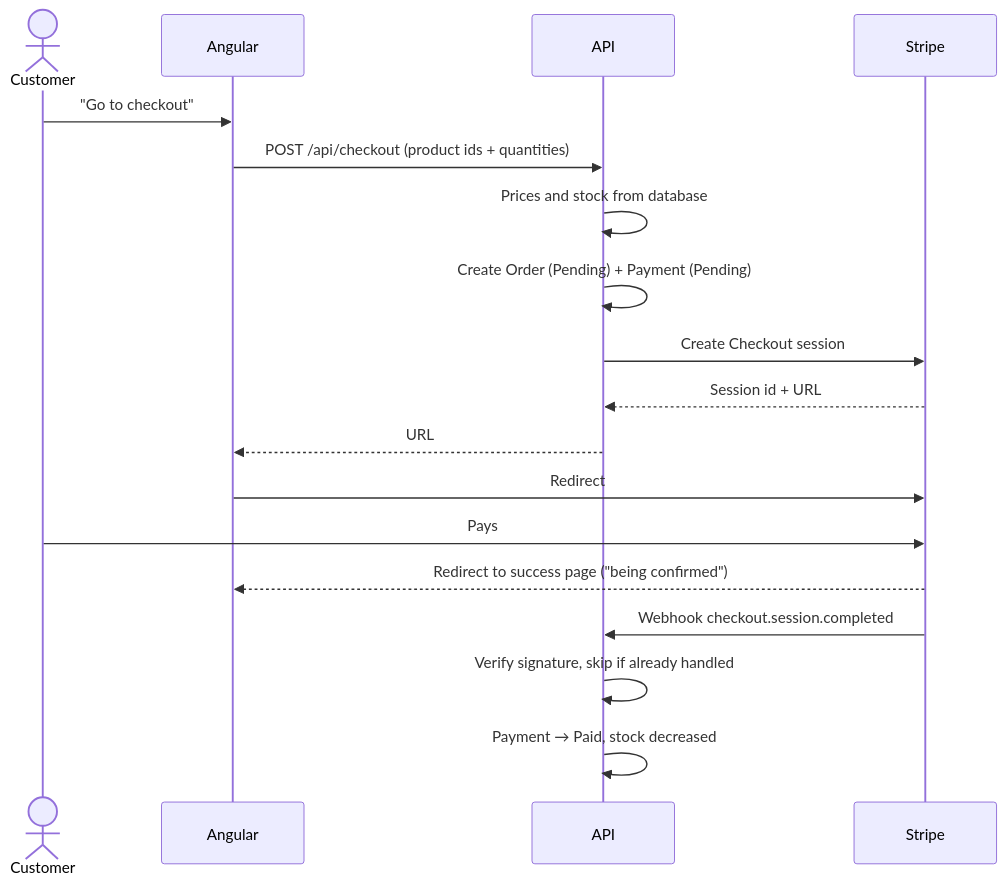
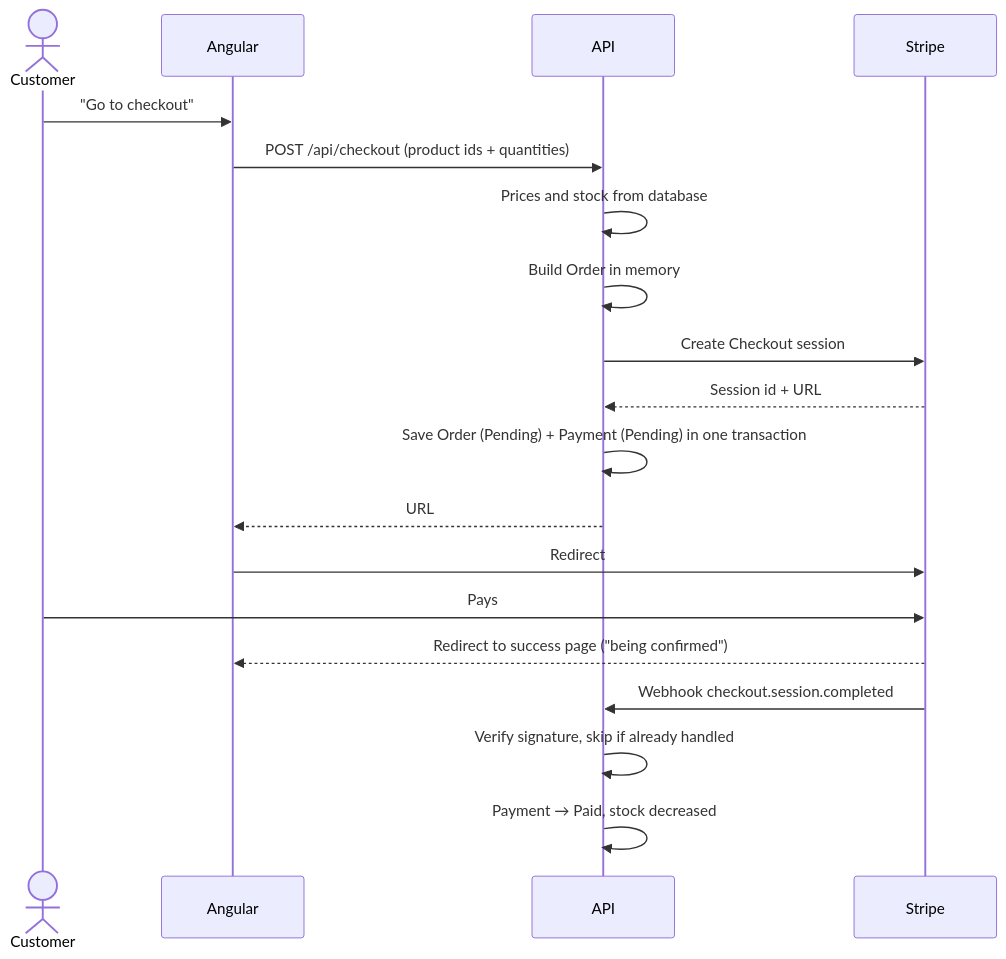
One commit to HannaJ95/grej changed the second of 3 diagrams in docs/architecture.md. Above: the diagram before and after it, drawn with Mermaid. The commit also changed other lines of this file, not shown here.

Commit message:
Update checkout flow in architecture

````diff
--- a/docs/architecture.md
+++ b/docs/architecture.md
@@ -99,21 +99,22 @@
 ```mermaid
 sequenceDiagram
     actor C as Customer
     participant F as Angular
     participant A as API
     participant S as Stripe
 
     C->>F: "Go to checkout"
     F->>A: POST /api/checkout (product ids + quantities)
     A->>A: Prices and stock from database
-    A->>A: Create Order (Pending) + Payment (Pending)
+    A->>A: Build Order in memory
     A->>S: Create Checkout session
     S-->>A: Session id + URL
+    A->>A: Save Order (Pending) + Payment (Pending) in one transaction
     A-->>F: URL
     F->>S: Redirect
     C->>S: Pays
     S-->>F: Redirect to success page ("being confirmed")
     S->>A: Webhook checkout.session.completed
     A->>A: Verify signature, skip if already handled
     A->>A: Payment → Paid, stock decreased
 ```
````
